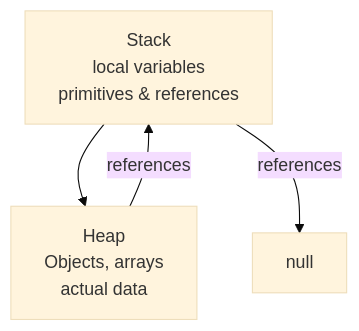
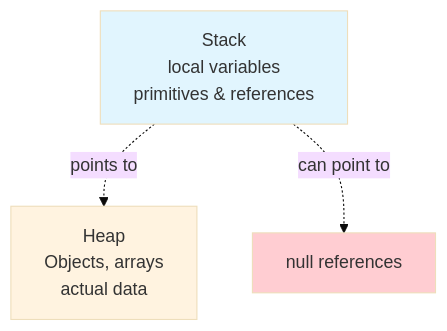
The first of 8 diagrams in Java Memory Management.md (stravos97/java-documentation-notes), drawn with Mermaid (base theme) before and after one commit. The commit also changed other lines of this file, not shown here.

````diff
--- a/Java Memory Management.md
+++ b/Java Memory Management.md
@@ -177,6 +173,13 @@
 ```mermaid
 graph TD
-    Stack[Stack<br>local variables<br>primitives & references] --> Heap[Heap<br>Objects, arrays<br>actual data]
-    Heap -->|references| Stack
-    Stack -->|references| null[null]
+    Stack[Stack<br/>local variables<br/>primitives & references] 
+    Heap[Heap<br/>Objects, arrays<br/>actual data]
+    NullRef[null references]
+    
+    Stack -.->|points to| Heap
+    Stack -.->|can point to| NullRef
+    
+    style Stack fill:#e1f5fe
+    style Heap fill:#fff3e0
+    style NullRef fill:#ffcdd2
 ```
````
